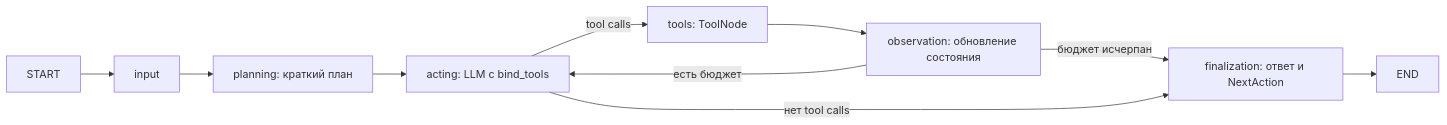
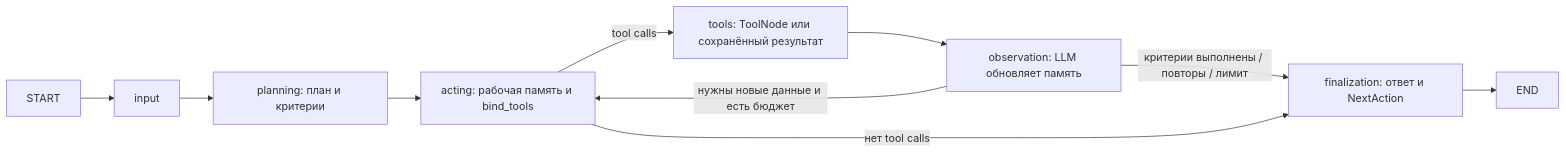
Before and after one commit to nikita9725/agents: the diagram in docs/graph.md, drawn with Mermaid. The commit also changed other lines of this file and 21 other files, not shown here.

````diff
--- a/docs/graph.md
+++ b/docs/graph.md
@@ -3,12 +3,12 @@
 ```mermaid
 flowchart LR
     START --> input
-    input --> planning[planning: краткий план]
-    planning --> acting[acting: LLM с bind_tools]
-    acting -->|tool calls| tools[tools: ToolNode]
-    tools --> observation[observation: обновление состояния]
-    observation -->|есть бюджет| acting
-    observation -->|бюджет исчерпан| finalization
+    input --> planning[planning: план и критерии]
+    planning --> acting[acting: рабочая память и bind_tools]
+    acting -->|tool calls| tools[tools: ToolNode или сохранённый результат]
+    tools --> observation[observation: LLM обновляет память]
+    observation -->|нужны новые данные и есть бюджет| acting
+    observation -->|критерии выполнены / повторы / лимит| finalization
     acting -->|нет tool calls| finalization[finalization: ответ и NextAction]
     finalization --> END
 ```
````
